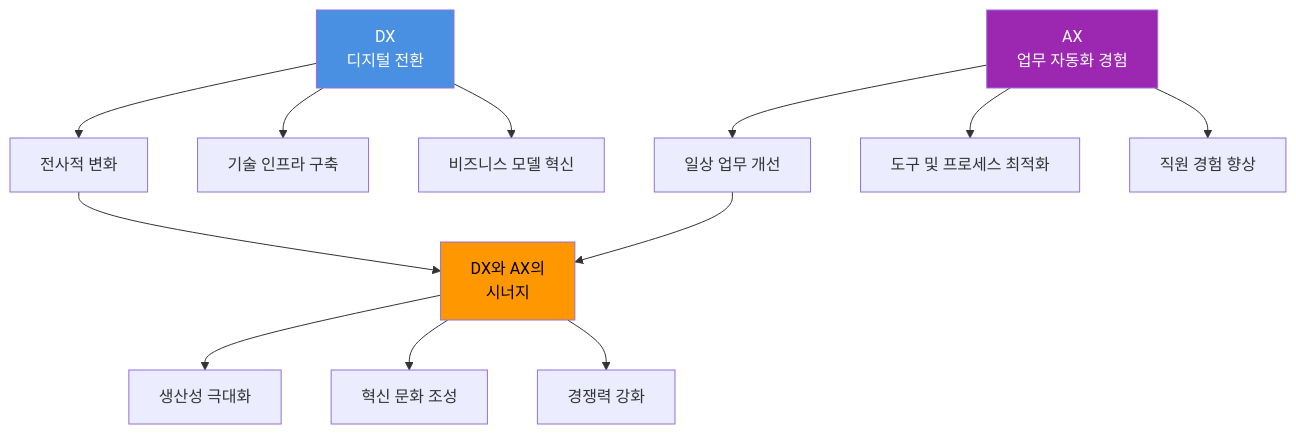
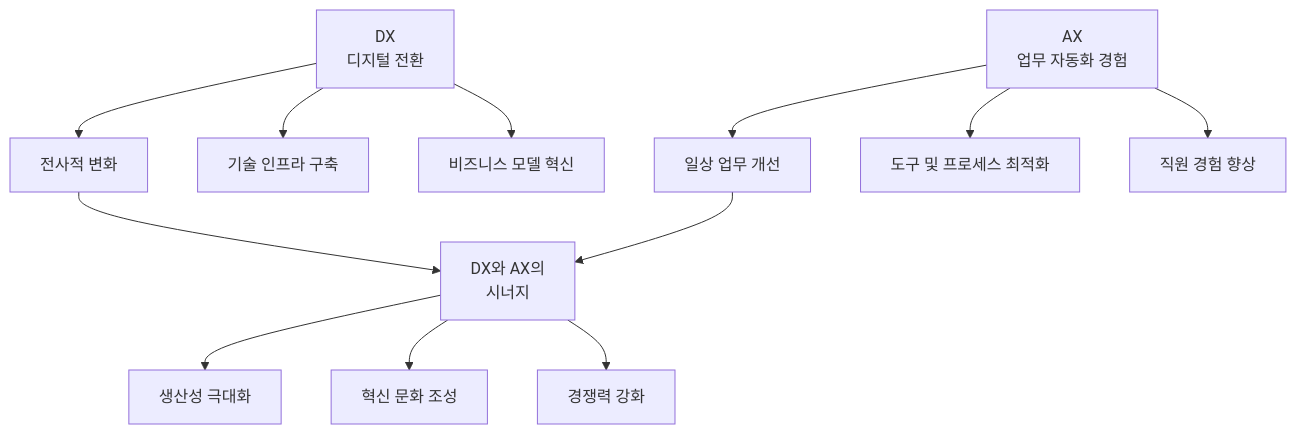
One commit to nugurejeil/weniVooks changed the third of 23 diagrams in _md/genai-notion/chapter06/06-3.md. Above: the diagram before and after it, drawn with Mermaid. The commit also changed other lines of this file and 187 other files, not shown here.

````diff
--- a/_md/genai-notion/chapter06/06-3.md
+++ b/_md/genai-notion/chapter06/06-3.md
@@ -68,21 +65,17 @@
 ```mermaid
 graph TB
     A[DX<br/>디지털 전환] --> B[전사적 변화]
     A --> C[기술 인프라 구축]
     A --> D[비즈니스 모델 혁신]
 
     E[AX<br/>업무 자동화 경험] --> F[일상 업무 개선]
     E --> G[도구 및 프로세스 최적화]
     E --> H[직원 경험 향상]
 
     B --> I[DX와 AX의<br/>시너지]
     F --> I
 
     I --> J[생산성 극대화]
     I --> K[혁신 문화 조성]
     I --> L[경쟁력 강화]
-
-    style A fill:#4A90E2,color:#fff
-    style E fill:#9C27B0,color:#fff
-    style I fill:#FF9800,color:#000
 ```
````
